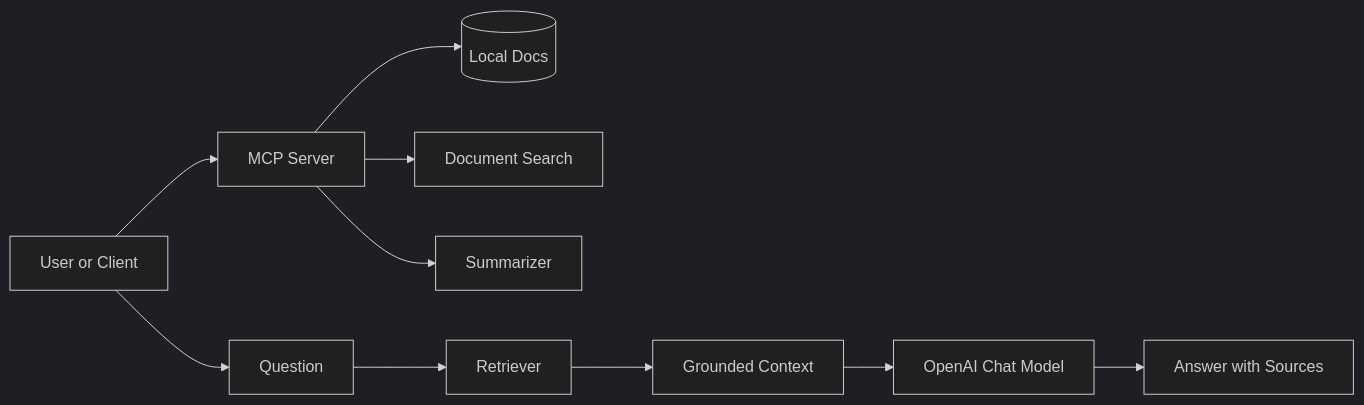
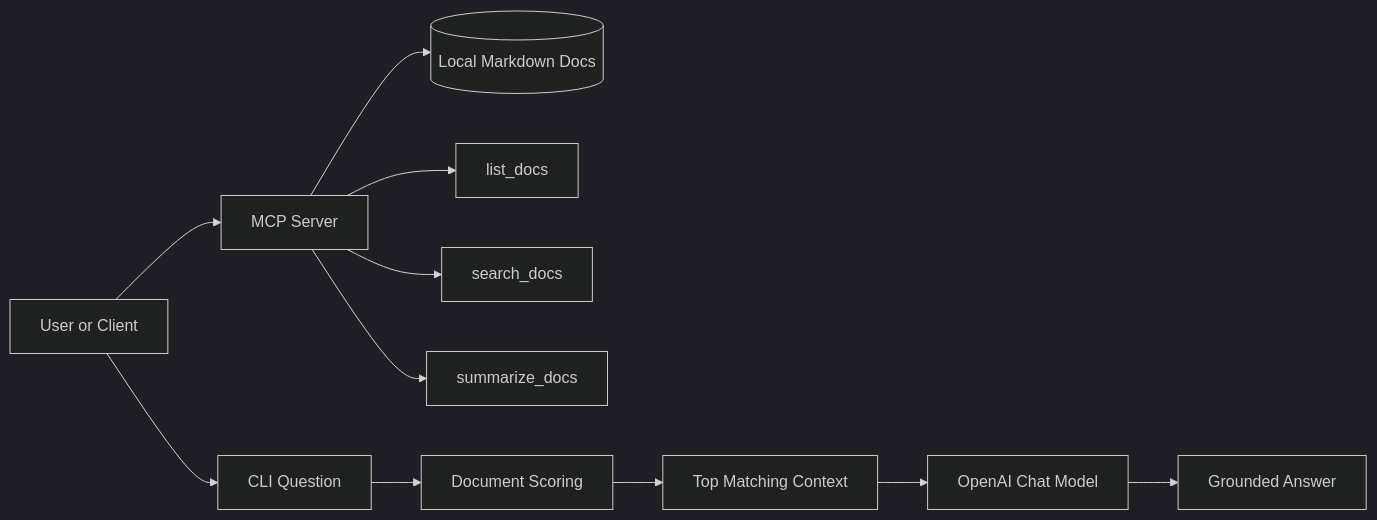
Before and after one commit to shafeequealipt-dotcom/LangChain-MCP: the diagram in README.md, drawn with Mermaid (dark theme). The commit also changed other lines of this file and 2 other files, not shown here.

````diff
--- a/README.md
+++ b/README.md
@@ -39,12 +50,13 @@
 ```mermaid
 flowchart LR
-  User[User or Client] --> Server[MCP Server]
-  Server --> Docs[(Local Docs)]
-  Server --> Search[Document Search]
-  Server --> Summary[Summarizer]
-  User --> Query[Question]
-  Query --> Retriever[Retriever]
-  Retriever --> Context[Grounded Context]
+  User[User or Client] --> MCP[MCP Server]
+  MCP --> Docs[(Local Markdown Docs)]
+  MCP --> List[list_docs]
+  MCP --> Search[search_docs]
+  MCP --> Summary[summarize_docs]
+  User --> CLI[CLI Question]
+  CLI --> Retriever[Document Scoring]
+  Retriever --> Context[Top Matching Context]
   Context --> LLM[OpenAI Chat Model]
-  LLM --> Answer[Answer with Sources]
+  LLM --> Answer[Grounded Answer]
 ```
````
